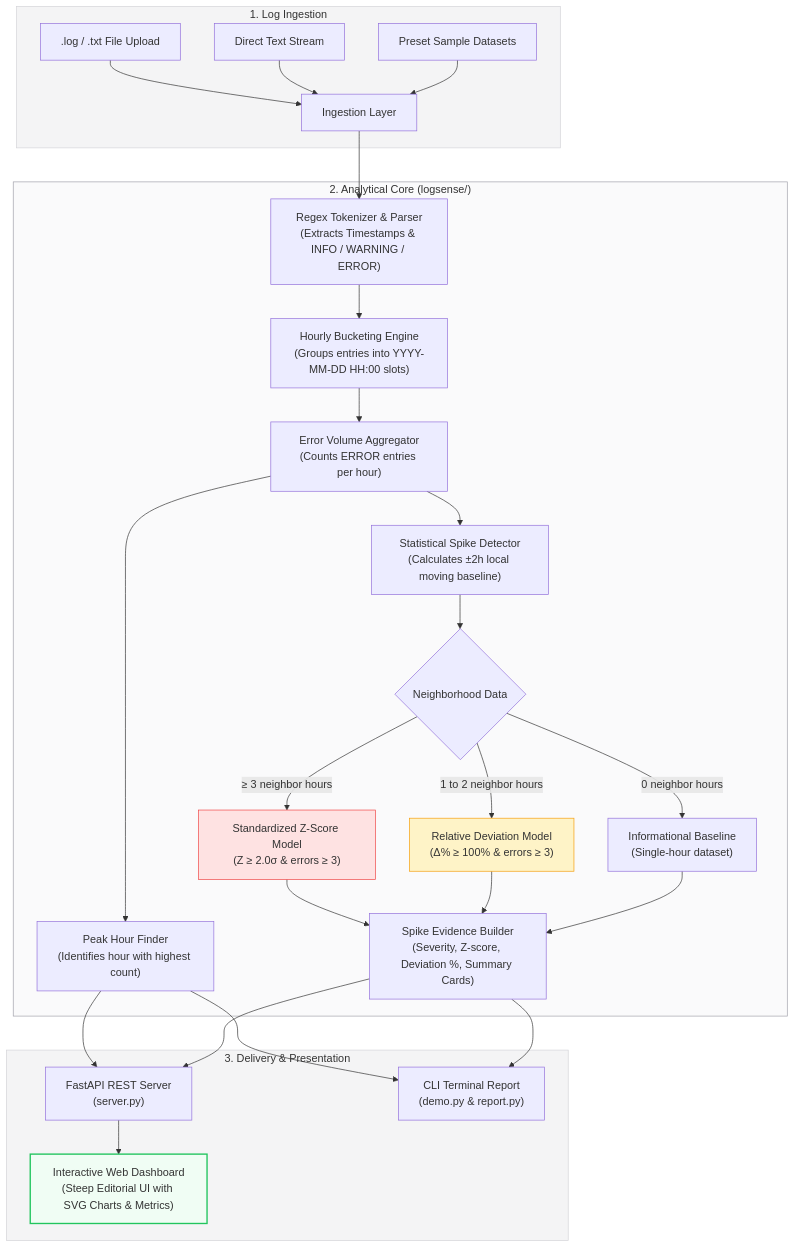
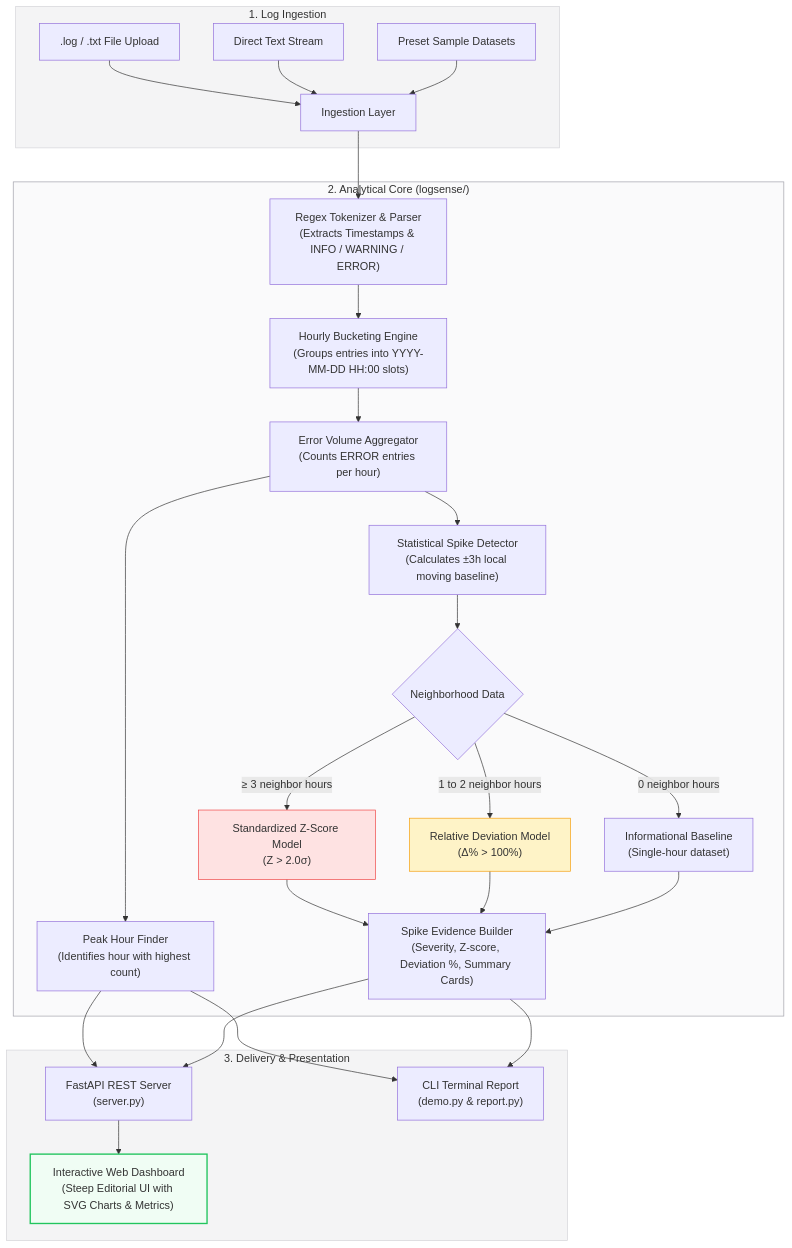
The first of 2 diagrams in README.md (Kanneboinashivakumar/LogSense), drawn with Mermaid before and after one commit. The commit also changed other lines of this file and 4 other files, not shown here.

````diff
--- a/README.md
+++ b/README.md
@@ -56,41 +56,41 @@
 ```mermaid
 flowchart TD
     subgraph Inputs["1. Log Ingestion"]
         A[".log / .txt File Upload"] --> D["Ingestion Layer"]
         B["Direct Text Stream"] --> D
         C["Preset Sample Datasets"] --> D
     end
 
     subgraph CoreEngine["2. Analytical Core (logsense/)"]
         D --> E["Regex Tokenizer & Parser<br/>(Extracts Timestamps & INFO / WARNING / ERROR)"]
         E --> F["Hourly Bucketing Engine<br/>(Groups entries into YYYY-MM-DD HH:00 slots)"]
         F --> G["Error Volume Aggregator<br/>(Counts ERROR entries per hour)"]
         
         G --> H["Peak Hour Finder<br/>(Identifies hour with highest count)"]
-        G --> I["Statistical Spike Detector<br/>(Calculates ±2h local moving baseline)"]
+        G --> I["Statistical Spike Detector<br/>(Calculates ±3h local moving baseline)"]
         
         I --> J{"Neighborhood Data"}
-        J -->|"≥ 3 neighbor hours"| K["Standardized Z-Score Model<br/>(Z ≥ 2.0σ & errors ≥ 3)"]
-        J -->|"1 to 2 neighbor hours"| L["Relative Deviation Model<br/>(Δ% ≥ 100% & errors ≥ 3)"]
+        J -->|"≥ 3 neighbor hours"| K["Standardized Z-Score Model<br/>(Z > 2.0σ)"]
+        J -->|"1 to 2 neighbor hours"| L["Relative Deviation Model<br/>(Δ% > 100%)"]
         J -->|"0 neighbor hours"| M["Informational Baseline<br/>(Single-hour dataset)"]
         
         K --> N["Spike Evidence Builder<br/>(Severity, Z-score, Deviation %, Summary Cards)"]
         L --> N
         M --> N
     end
 
     subgraph Outputs["3. Delivery & Presentation"]
         H --> O["FastAPI REST Server<br/>(server.py)"]
         N --> O
         H --> P["CLI Terminal Report<br/>(demo.py & report.py)"]
         N --> P
         O --> Q["Interactive Web Dashboard<br/>(Steep Editorial UI with SVG Charts & Metrics)"]
     end
 
     style Inputs fill:#f4f4f5,stroke:#d4d4d8,stroke-width:1px
     style CoreEngine fill:#fafafb,stroke:#a1a1aa,stroke-width:1px
     style Outputs fill:#f4f4f5,stroke:#d4d4d8,stroke-width:1px
     style K fill:#fee2e2,stroke:#ef4444,stroke-width:1px
     style L fill:#fef3c7,stroke:#f59e0b,stroke-width:1px
     style Q fill:#f0fdf4,stroke:#22c55e,stroke-width:2px
 ```
````
